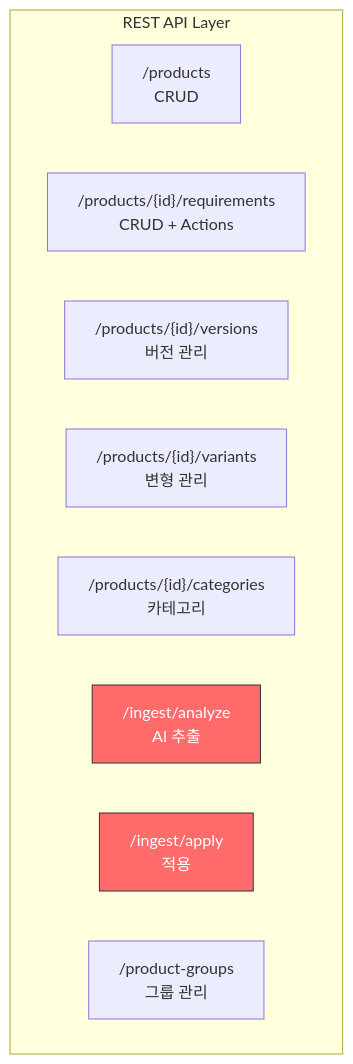
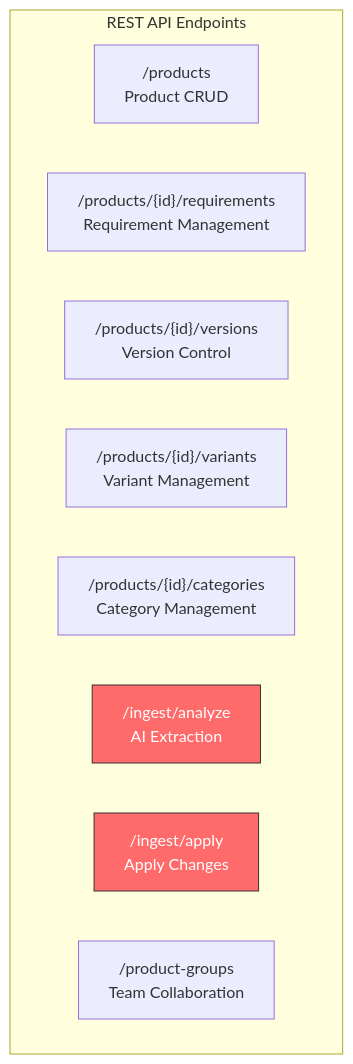
One commit to Vegitime-bot/Requirement_management changed the seventh of 8 diagrams in README.md. Above: the diagram before and after it, drawn with Mermaid. The commit also changed other lines of this file and 2 other files, not shown here.

````diff
--- a/README.md
+++ b/README.md
@@ -186,16 +194,16 @@
 ```mermaid
 graph TB
-    subgraph API["REST API Layer"]
-        A1["/products<br/>CRUD"]
-        A2["/products/{id}/requirements<br/>CRUD + Actions"]
-        A3["/products/{id}/versions<br/>버전 관리"]
-        A4["/products/{id}/variants<br/>변형 관리"]
-        A5["/products/{id}/categories<br/>카테고리"]
-        A6["/ingest/analyze<br/>AI 추출"]
-        A7["/ingest/apply<br/>적용"]
-        A8["/product-groups<br/>그룹 관리"]
+    subgraph API["REST API Endpoints"]
+        A1["/products<br/>Product CRUD"]
+        A2["/products/{id}/requirements<br/>Requirement Management"]
+        A3["/products/{id}/versions<br/>Version Control"]
+        A4["/products/{id}/variants<br/>Variant Management"]
+        A5["/products/{id}/categories<br/>Category Management"]
+        A6["/ingest/analyze<br/>AI Extraction"]
+        A7["/ingest/apply<br/>Apply Changes"]
+        A8["/product-groups<br/>Team Collaboration"]
     end
 
     style A6 fill:#FF6B6B,stroke:#333,color:#fff
     style A7 fill:#FF6B6B,stroke:#333,color:#fff
 ```
````
